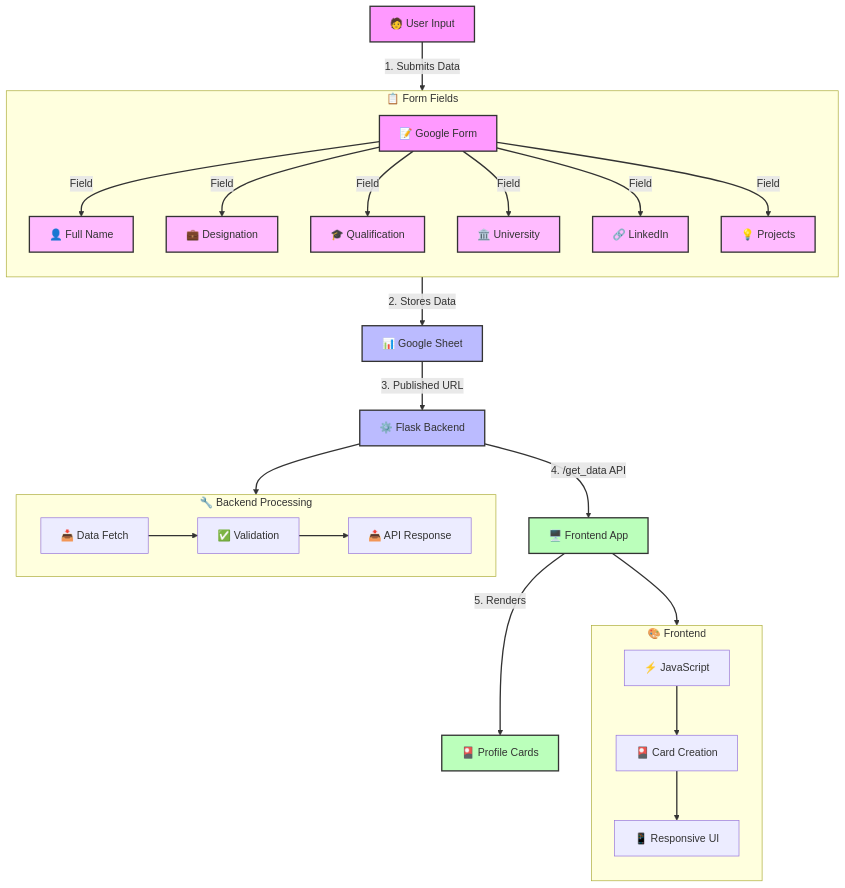
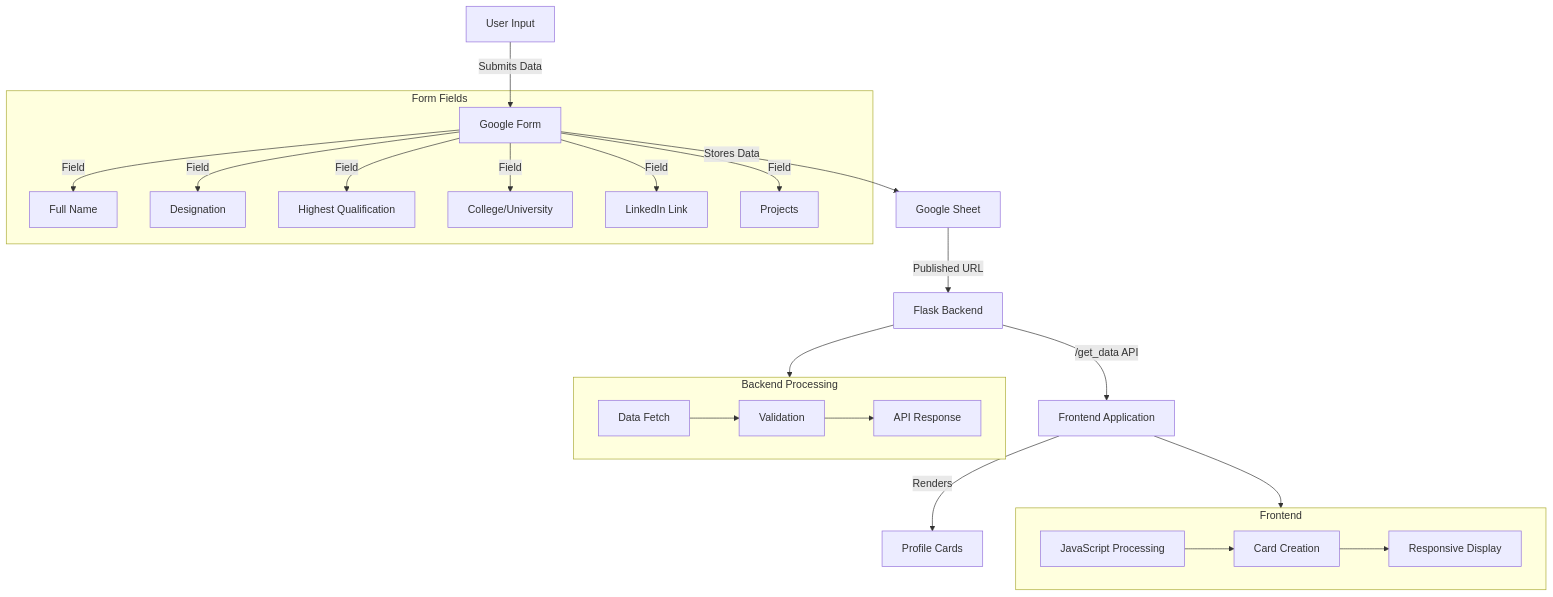
One commit to hitheshmr-gramener/profile changed the diagram in README.md. Above: the diagram before and after it, drawn with Mermaid.

````diff
--- a/README.md
+++ b/README.md
@@ -43,54 +43,37 @@
 ```mermaid
 graph TB
     %% Main Flow
-    A[🧑 User Input] -->|1. Submits Data| B[📝 Google Form]
-    B -->|2. Stores Data| C[📊 Google Sheet]
-    C -->|3. Published URL| D[⚙️ Flask Backend]
-    D -->|4. /get_data API| E[🖥️ Frontend App]
-    E -->|5. Renders| F[🎴 Profile Cards]
+    A[User Input] -->|Submits Data| B[Google Form]
+    B -->|Stores Data| C[Google Sheet]
+    C -->|Published URL| D[Flask Backend]
+    D -->|/get_data API| E[Frontend Application]
+    E -->|Renders| F[Profile Cards]
 
     %% Data Flow Section
-    subgraph Data_Flow[📋 Form Fields]
-        direction TB
-        B --> |Field| G[👤 Full Name]
-        B --> |Field| H[💼 Designation]
-        B --> |Field| I[🎓 Qualification]
-        B --> |Field| J[🏛️ University]
-        B --> |Field| K[🔗 LinkedIn]
-        B --> |Field| L[💡 Projects]
+    subgraph Data_Fields[Form Fields]
+        B --> |Field| G[Full Name]
+        B --> |Field| H[Designation]
+        B --> |Field| I[Highest Qualification]
+        B --> |Field| J[College/University]
+        B --> |Field| K[LinkedIn Link]
+        B --> |Field| L[Projects]
     end
 
     %% Backend Processing
-    subgraph Backend[🔧 Backend Processing]
-        direction LR
-        M[📥 Data Fetch]
-        N[✅ Validation]
-        O[📤 API Response]
+    subgraph Backend[Backend Processing]
+        M[Data Fetch]
+        N[Validation]
+        O[API Response]
         M --> N --> O
     end
     D --> Backend
 
     %% Frontend Section
-    subgraph Frontend[🎨 Frontend]
-        direction TB
-        P[⚡ JavaScript]
-        Q[🎴 Card Creation]
-        R[📱 Responsive UI]
+    subgraph Frontend[Frontend]
+        P[JavaScript Processing]
+        Q[Card Creation]
+        R[Responsive Display]
         P --> Q --> R
     end
     E --> Frontend
-
-    %% Styling
-    classDef primary fill:#f9f,stroke:#333,stroke-width:2px
-    classDef secondary fill:#bbf,stroke:#333,stroke-width:2px
-    classDef tertiary fill:#bfb,stroke:#333,stroke-width:2px
-    classDef quaternary fill:#fbf,stroke:#333,stroke-width:2px
-    
-    class A,B primary
-    class C,D secondary
-    class E,F tertiary
-    class G,H,I,J,K,L quaternary
-
-    %% Link Styling
-    linkStyle default stroke:#333,stroke-width:2px
 ```
````
